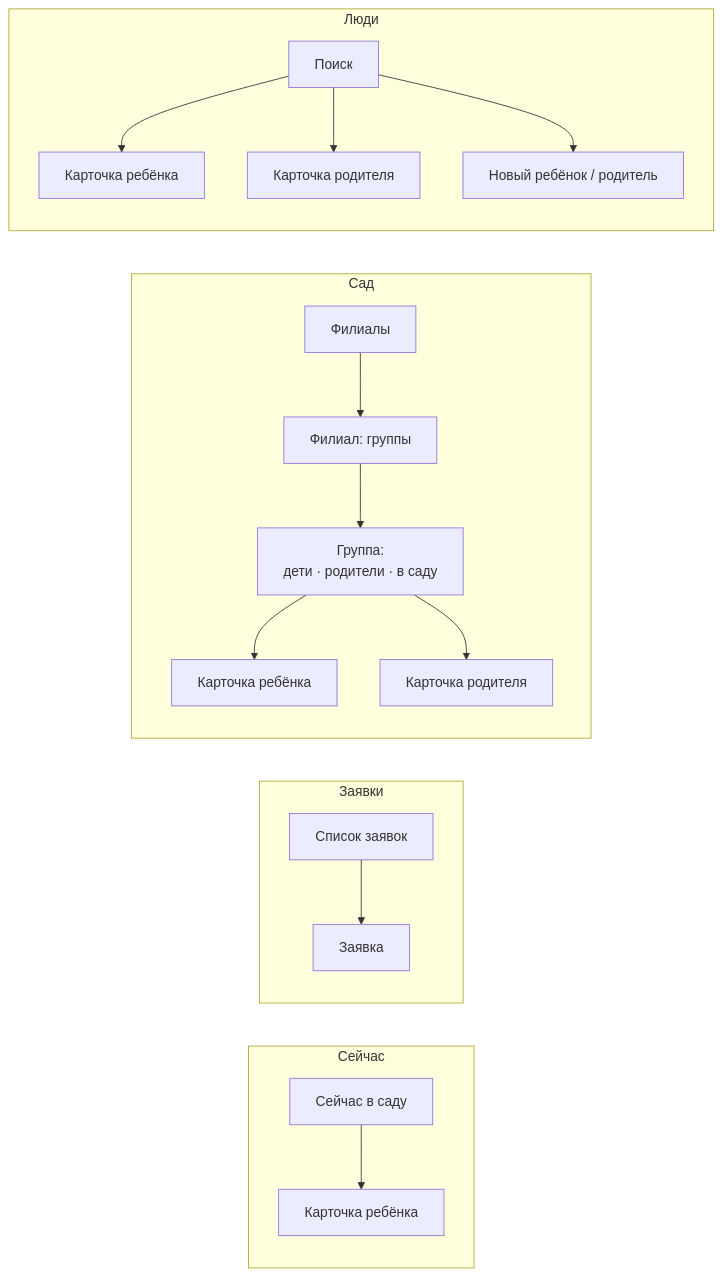
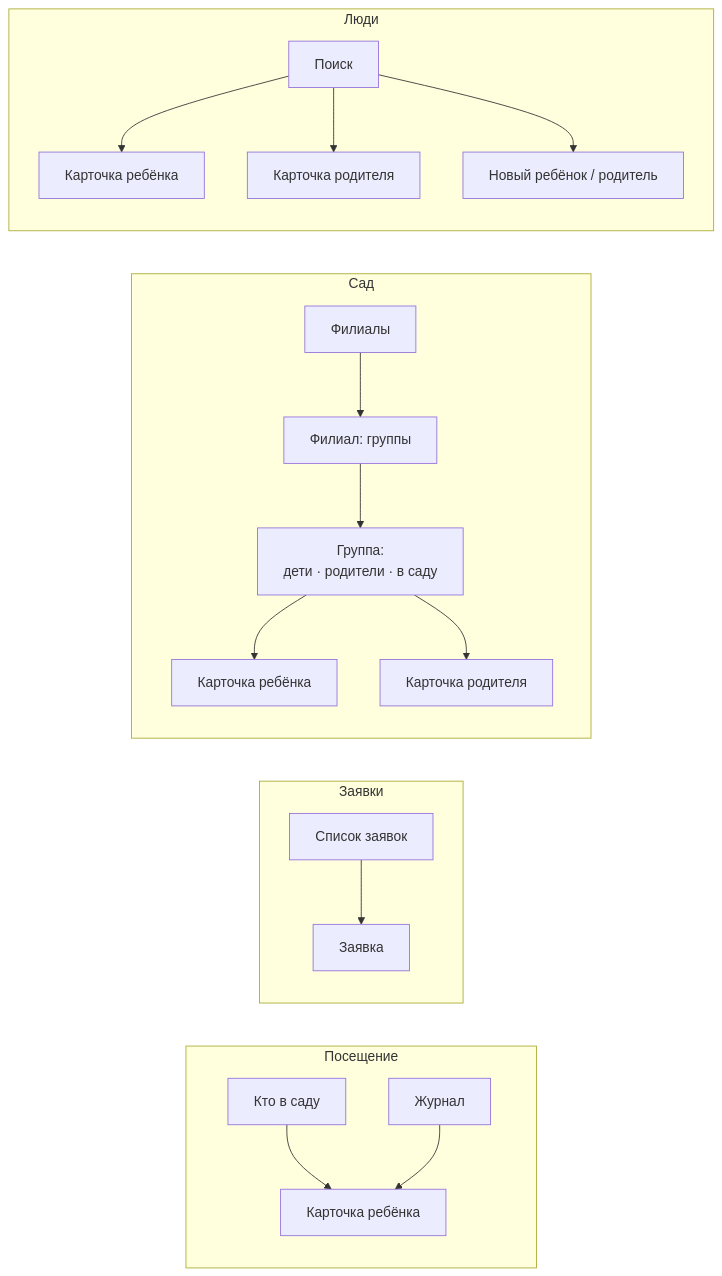
One commit to NesterovVladislav/VisitControlApp changed the diagram in docs/admin-screens.md. Above: the diagram before and after it, drawn with Mermaid. The commit also changed other lines of this file and 30 other files, not shown here.

````diff
--- a/docs/admin-screens.md
+++ b/docs/admin-screens.md
@@ -46,20 +115,21 @@
 ```mermaid
 flowchart LR
-    subgraph Сейчас
-        N1[Сейчас в саду] --> C[Карточка ребёнка]
+    subgraph Посещение
+        N1[Кто в саду] --> C[Карточка ребёнка]
+        N2[Журнал] --> C
     end
     subgraph Заявки
         R1[Список заявок] --> R2[Заявка]
     end
     subgraph Сад
         B1[Филиалы] --> B2[Филиал: группы]
         B2 --> G[Группа:<br/>дети · родители · в саду]
         G --> C2[Карточка ребёнка]
         G --> P2[Карточка родителя]
     end
     subgraph Люди
         L1[Поиск] --> C3[Карточка ребёнка]
         L1 --> P3[Карточка родителя]
         L1 --> NEW[Новый ребёнок / родитель]
     end
 ```
````
